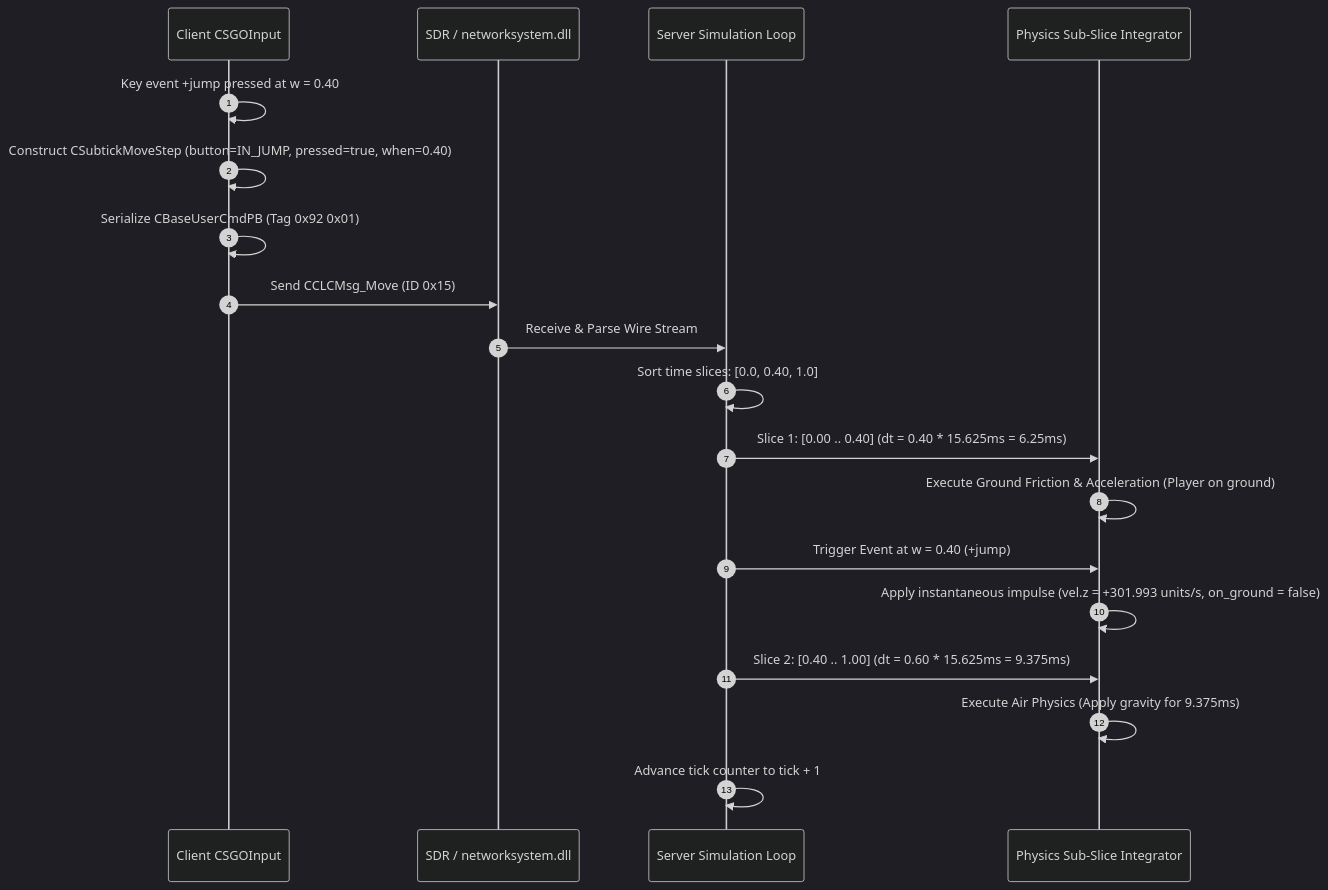
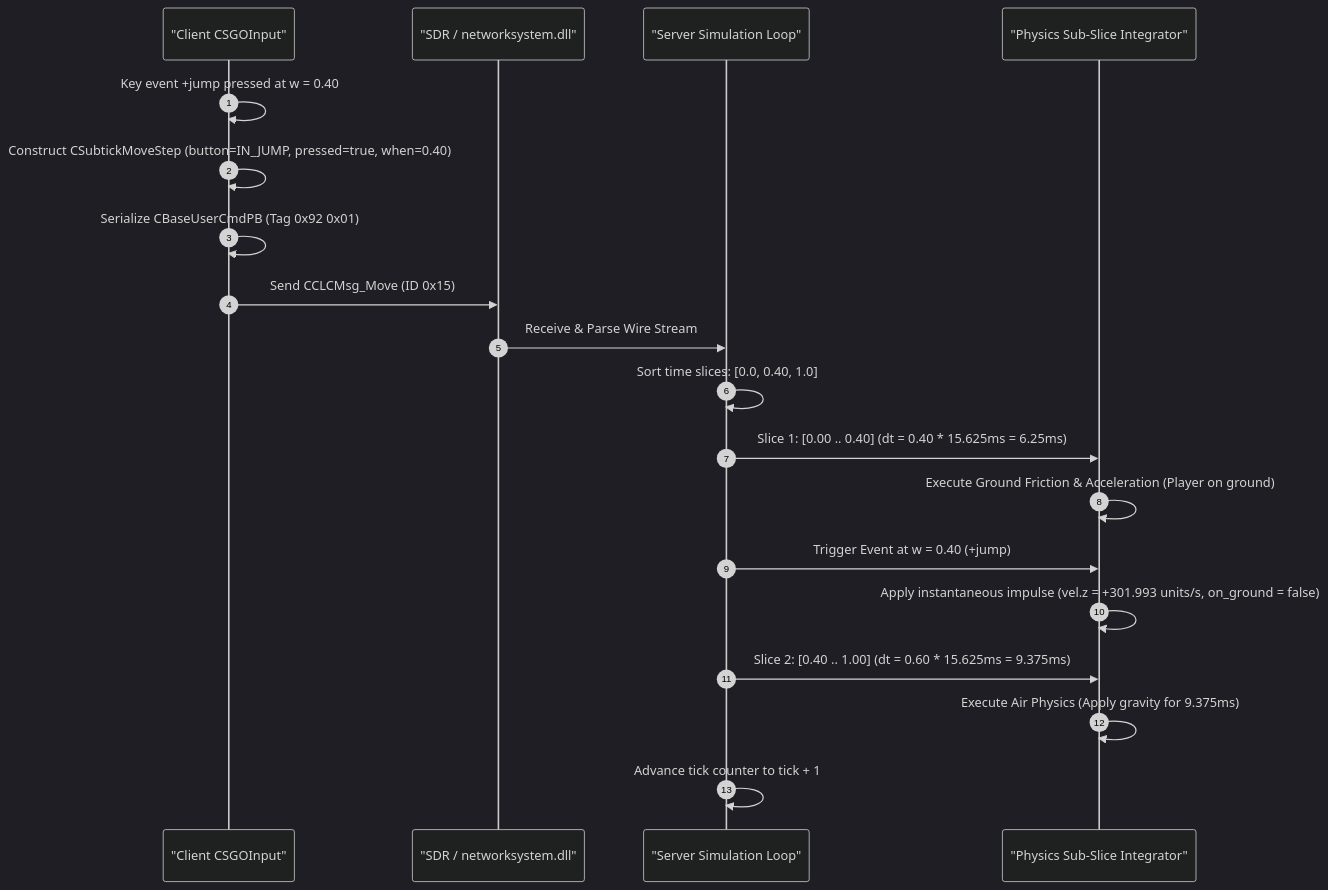
The second of 2 diagrams in docs/subtick_wire_framing.md (Hanzkii/cs2-reverse), drawn with Mermaid (dark theme) before and after one commit. The commit also changed 17 other files, not shown here.

Commit message:
fix(docs): quote Mermaid sequence diagram participant labels across all documentation

````diff
--- a/docs/subtick_wire_framing.md
+++ b/docs/subtick_wire_framing.md
@@ -361,22 +361,22 @@
 ```mermaid
 sequenceDiagram
     autonumber
-    participant Client as Client CSGOInput
-    participant Net as SDR / networksystem.dll
-    participant Server as Server Simulation Loop
-    participant Phys as Physics Sub-Slice Integrator
+    participant Client as "Client CSGOInput"
+    participant Net as "SDR / networksystem.dll"
+    participant Server as "Server Simulation Loop"
+    participant Phys as "Physics Sub-Slice Integrator"
 
     Client->>Client: Key event +jump pressed at w = 0.40
     Client->>Client: Construct CSubtickMoveStep (button=IN_JUMP, pressed=true, when=0.40)
     Client->>Client: Serialize CBaseUserCmdPB (Tag 0x92 0x01)
     Client->>Net: Send CCLCMsg_Move (ID 0x15)
     Net->>Server: Receive & Parse Wire Stream
     Server->>Server: Sort time slices: [0.0, 0.40, 1.0]
     Server->>Phys: Slice 1: [0.00 .. 0.40] (dt = 0.40 * 15.625ms = 6.25ms)
     Phys->>Phys: Execute Ground Friction & Acceleration (Player on ground)
     Server->>Phys: Trigger Event at w = 0.40 (+jump)
     Phys->>Phys: Apply instantaneous impulse (vel.z = +301.993 units/s, on_ground = false)
     Server->>Phys: Slice 2: [0.40 .. 1.00] (dt = 0.60 * 15.625ms = 9.375ms)
     Phys->>Phys: Execute Air Physics (Apply gravity for 9.375ms)
     Server->>Server: Advance tick counter to tick + 1
 ```
````
